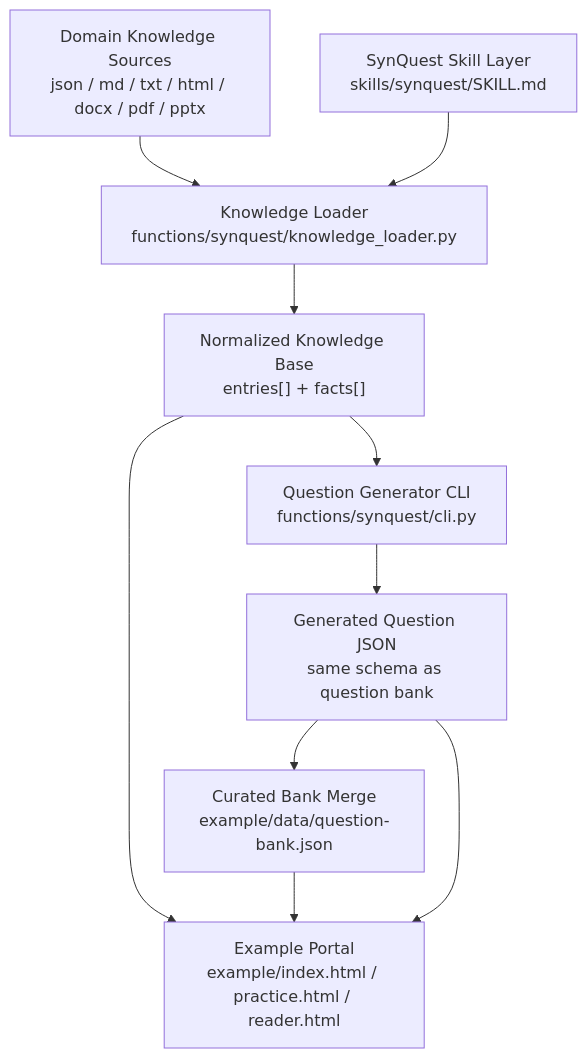
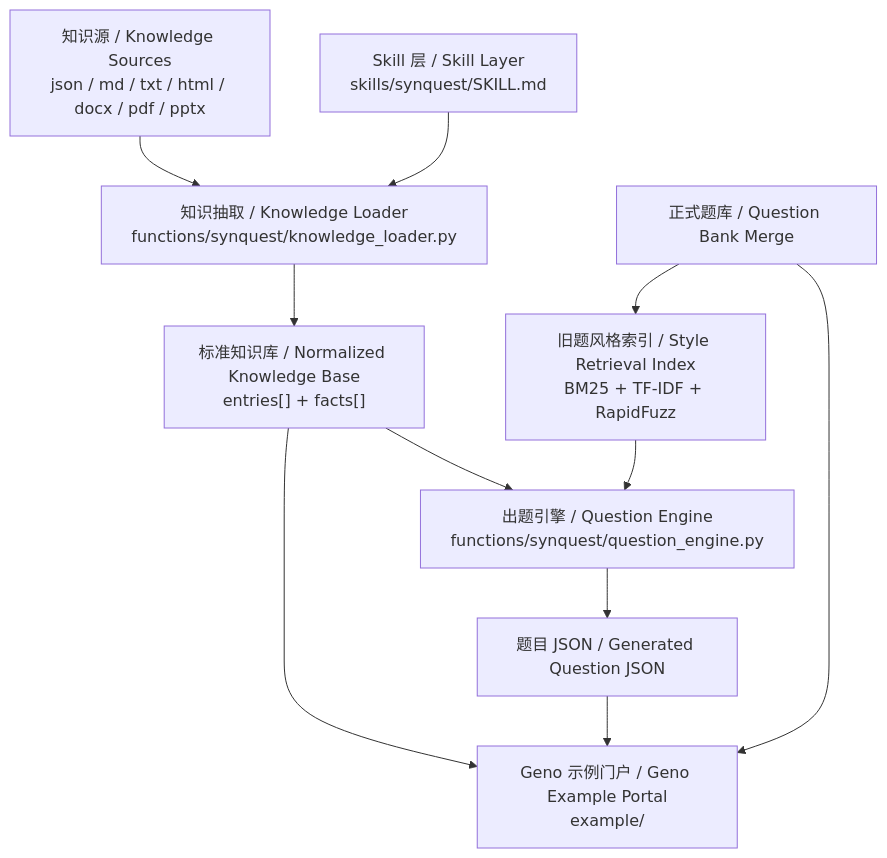
One commit to Starry-49/SynQuest changed the first of 2 diagrams in README.md. Above: the diagram before and after it, drawn with Mermaid. The commit also changed other lines of this file and 6 other files, not shown here.

````diff
--- a/README.md
+++ b/README.md
@@ -105,21 +126,23 @@
 ```mermaid
 flowchart TB
-    A["Domain Knowledge Sources<br/>json / md / txt / html / docx / pdf / pptx"]
-    B["SynQuest Skill Layer<br/>skills/synquest/SKILL.md"]
-    C["Knowledge Loader<br/>functions/synquest/knowledge_loader.py"]
-    D["Normalized Knowledge Base<br/>entries[] + facts[]"]
-    E["Question Generator CLI<br/>functions/synquest/cli.py"]
-    F["Generated Question JSON<br/>same schema as question bank"]
-    G["Example Portal<br/>example/index.html / practice.html / reader.html"]
-    H["Curated Bank Merge<br/>example/data/question-bank.json"]
+    A["知识源 / Knowledge Sources<br/>json / md / txt / html / docx / pdf / pptx"]
+    B["Skill 层 / Skill Layer<br/>skills/synquest/SKILL.md"]
+    C["知识抽取 / Knowledge Loader<br/>functions/synquest/knowledge_loader.py"]
+    D["标准知识库 / Normalized Knowledge Base<br/>entries[] + facts[]"]
+    E["旧题风格索引 / Style Retrieval Index<br/>BM25 + TF-IDF + RapidFuzz"]
+    F["出题引擎 / Question Engine<br/>functions/synquest/question_engine.py"]
+    G["题目 JSON / Generated Question JSON"]
+    H["Geno 示例门户 / Geno Example Portal<br/>example/"]
+    I["正式题库 / Question Bank Merge"]
 
     A --> C
     B --> C
     C --> D
-    D --> E
+    D --> F
+    I --> E
     E --> F
-    D --> G
-    H --> G
     F --> G
-    F --> H
+    D --> H
+    G --> H
+    I --> H
 ```
````
